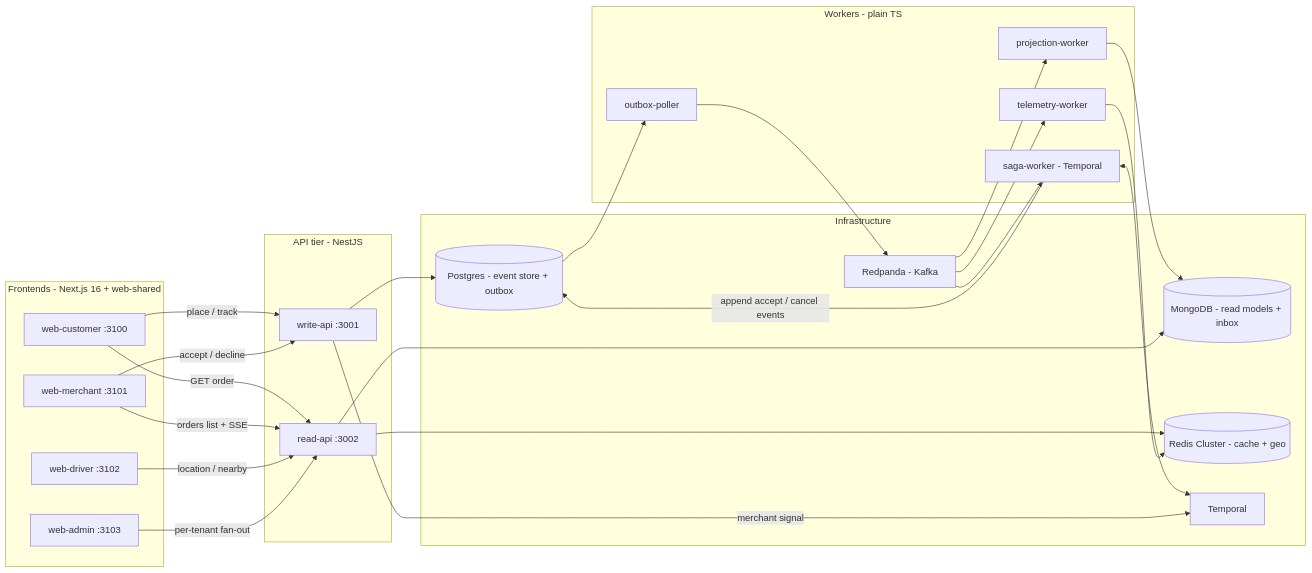
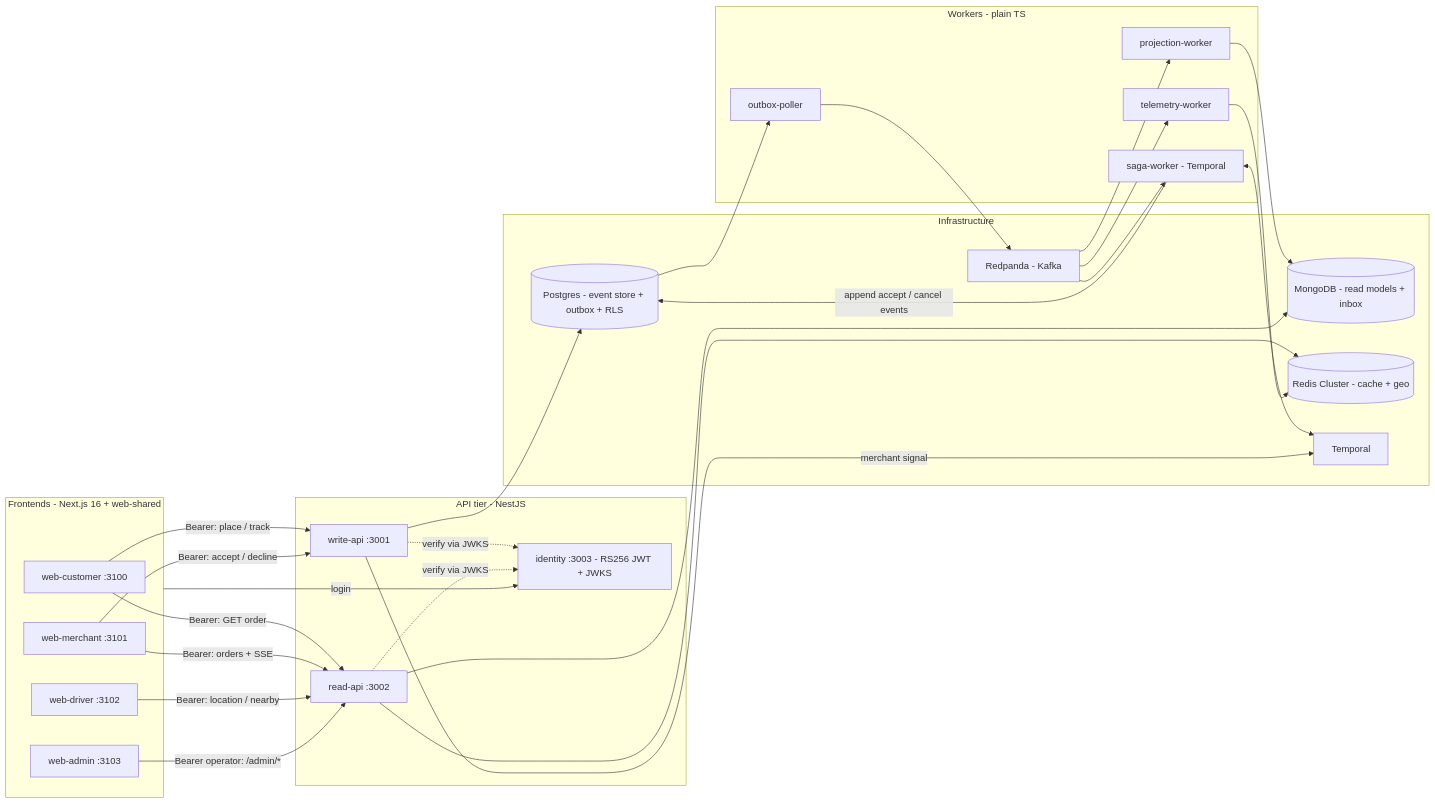
The first of 7 diagrams in docs/ARCHITECTURE.md (khasang12/FlashBite), drawn with Mermaid before and after one commit. The commit also changed other lines of this file and 1 other file, not shown here.

Commit message:
docs: reflect completed Phase 2 (verified-JWT tenancy + RLS + operator console + FE auth)

````diff
--- a/docs/ARCHITECTURE.md
+++ b/docs/ARCHITECTURE.md
@@ -20,47 +22,51 @@
 ```mermaid
 flowchart LR
   subgraph FE["Frontends - Next.js 16 + web-shared"]
     C["web-customer :3100"]
     M["web-merchant :3101"]
     D["web-driver :3102"]
     A["web-admin :3103"]
   end
 
   subgraph API["API tier - NestJS"]
+    ID["identity :3003 - RS256 JWT + JWKS"]
     W["write-api :3001"]
     R["read-api :3002"]
   end
 
   subgraph WORK["Workers - plain TS"]
     OB["outbox-poller"]
     PJ["projection-worker"]
     SG["saga-worker - Temporal"]
     TM["telemetry-worker"]
   end
 
   subgraph DATA["Infrastructure"]
-    PG[("Postgres - event store + outbox")]
+    PG[("Postgres - event store + outbox + RLS")]
     MG[("MongoDB - read models + inbox")]
     RS[("Redis Cluster - cache + geo")]
     KF["Redpanda - Kafka"]
     TP["Temporal"]
   end
 
-  C -->|"place / track"| W
-  C -->|"GET order"| R
-  M -->|"accept / decline"| W
-  M -->|"orders list + SSE"| R
-  D -->|"location / nearby"| R
-  A -->|"per-tenant fan-out"| R
+  FE -->|"login"| ID
+  W -.->|"verify via JWKS"| ID
+  R -.->|"verify via JWKS"| ID
+  C -->|"Bearer: place / track"| W
+  C -->|"Bearer: GET order"| R
+  M -->|"Bearer: accept / decline"| W
+  M -->|"Bearer: orders + SSE"| R
+  D -->|"Bearer: location / nearby"| R
+  A -->|"Bearer operator: /admin/*"| R
 
   W --> PG
   PG --> OB --> KF
   KF --> PJ --> MG
   KF --> SG
   SG <--> TP
   SG -->|"append accept / cancel events"| PG
   W -->|"merchant signal"| TP
   R --> MG
   R --> RS
   KF --> TM --> RS
 ```
````
